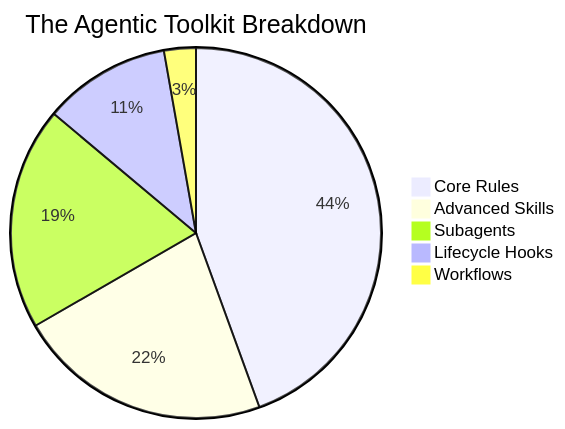
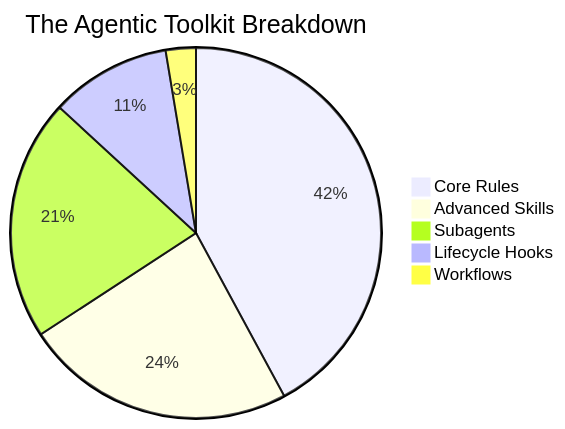
One commit to FlameBLIZZard/better-agents changed the diagram in README.md. Above: the diagram before and after it, drawn with Mermaid. The commit also changed other lines of this file and 3 other files, not shown here.

Commit message:
feat: Add Vector Artist subagent and SVG Graphics Engine skill for autonomous asset generation

````diff
--- a/README.md
+++ b/README.md
@@ -80,8 +83,8 @@
 ```mermaid
 pie title The Agentic Toolkit Breakdown
     "Core Rules" : 16
-    "Advanced Skills" : 8
-    "Subagents" : 7
+    "Advanced Skills" : 9
+    "Subagents" : 8
     "Lifecycle Hooks" : 4
     "Workflows" : 1
 ```
````
